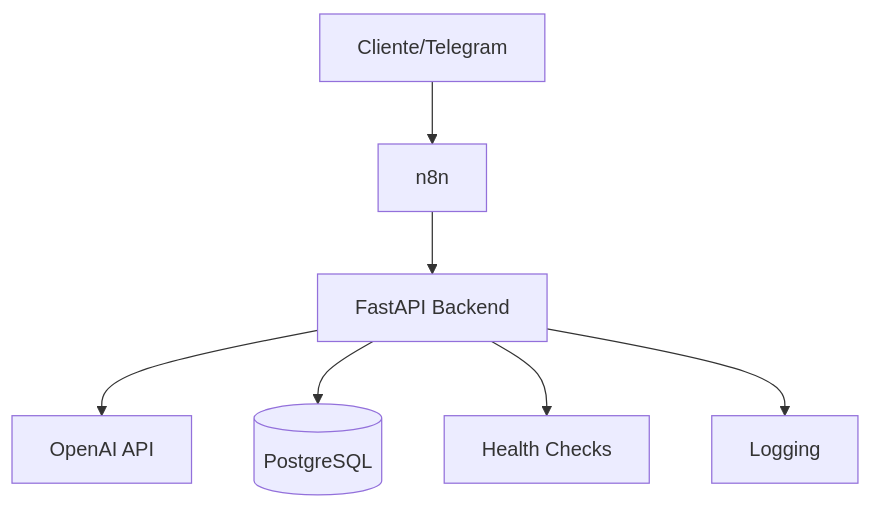
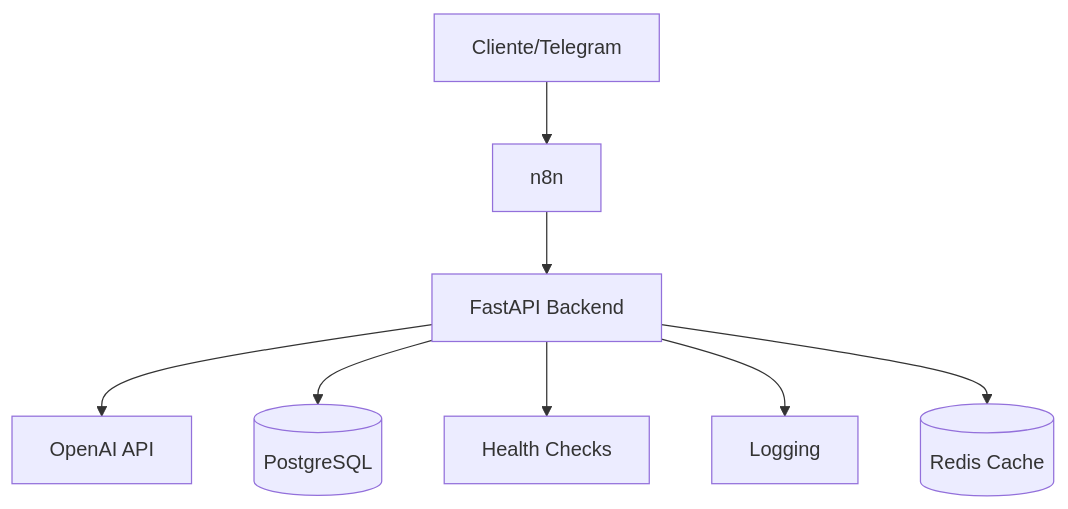
One commit to dasafo/AI-Workflow-Assistant changed the diagram in README.md. Above: the diagram before and after it, drawn with Mermaid. The commit also changed other lines of this file and 19 other files, not shown here.

````diff
--- a/README.md
+++ b/README.md
@@ -28,9 +32,10 @@
 ```mermaid
 graph TD
     A[Cliente/Telegram] --> B[n8n]
     B --> C[FastAPI Backend]
     C --> D[OpenAI API]
     C --> E[(PostgreSQL)]
     C --> F[Health Checks]
     C --> G[Logging]
+    C --> H[(Redis Cache)]
 ```
````
